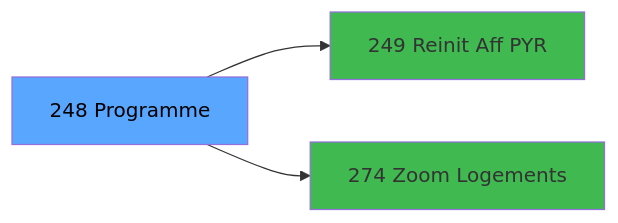
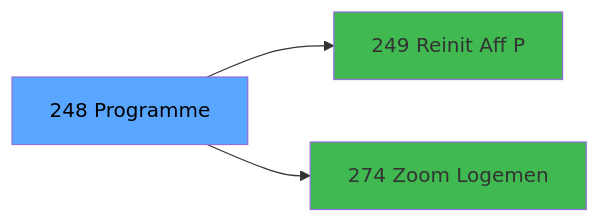
One commit to thonyAGP/magic-migration changed the third of 3 diagrams in .openspec/specs/ADH-IDE-248.md. Above: the diagram before and after it, drawn with Mermaid. The commit also changed other lines of this file and 323 other files, not shown here.

````diff
--- a/.openspec/specs/ADH-IDE-248.md
+++ b/.openspec/specs/ADH-IDE-248.md
@@ -123,11 +162,11 @@
 ```mermaid
 graph LR
     T[248 Programme]
-    C249[249 Reinit Aff PYR]
+    C249[249 Reinit Aff P]
     T --> C249
-    C274[274 Zoom Logements]
+    C274[274 Zoom Logemen]
     T --> C274
     style T fill:#58a6ff,color:#000
     style C249 fill:#3fb950
     style C274 fill:#3fb950
 ```
````
